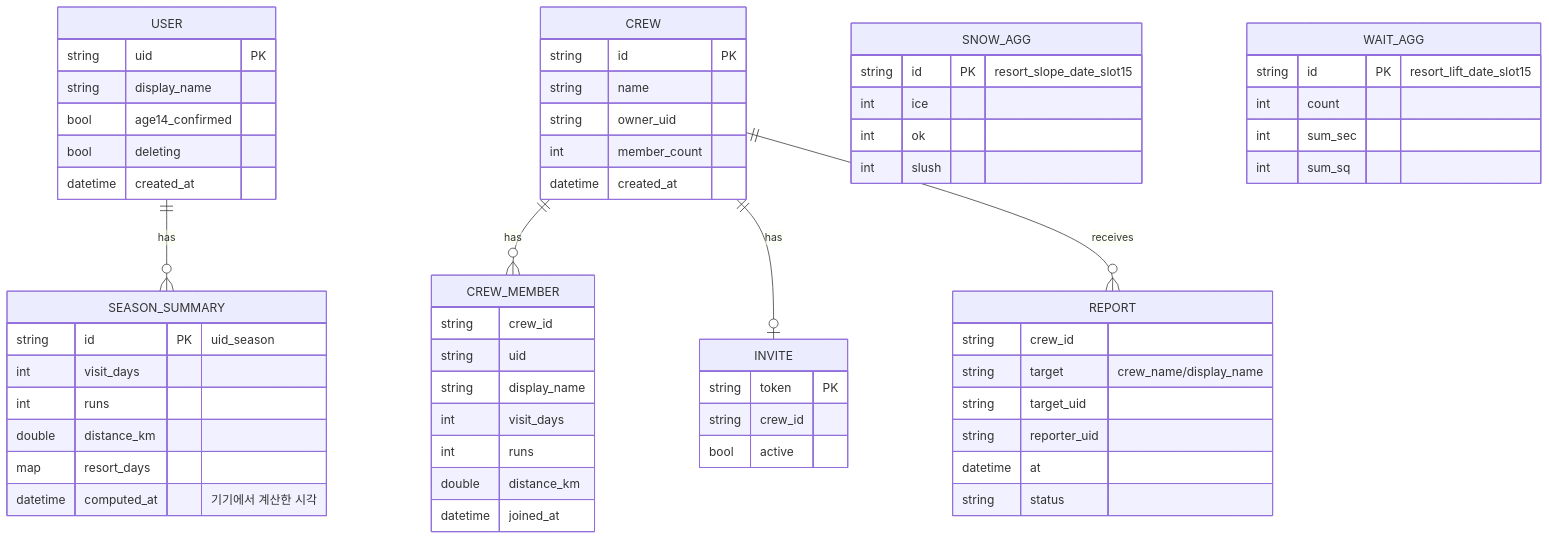
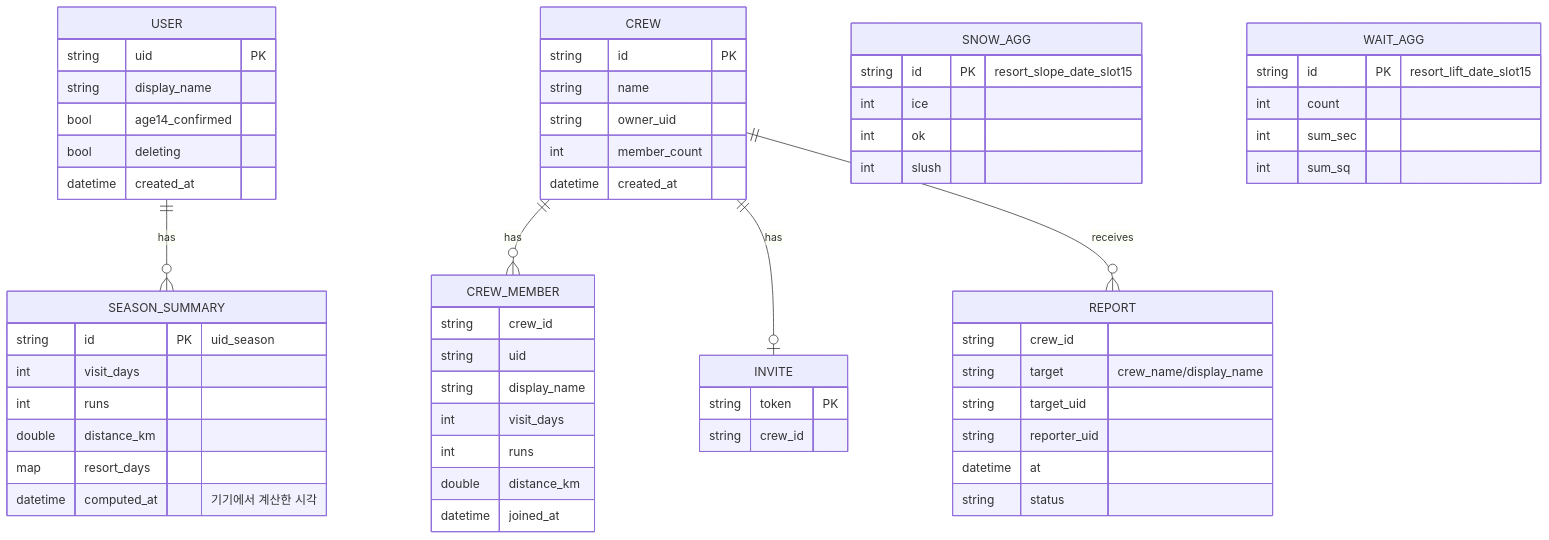
The third of 4 diagrams in docs/05-design.md (JIHO45/SlopeMate), drawn with Mermaid before and after one commit. The commit also changed other lines of this file and 5 other files, not shown here.

````diff
--- a/docs/05-design.md
+++ b/docs/05-design.md
@@ -138,16 +138,16 @@
 ```mermaid
 erDiagram
     USER ||--o{ SEASON_SUMMARY : has
     CREW ||--o{ CREW_MEMBER : has
     CREW ||--o| INVITE : has
     CREW ||--o{ REPORT : receives
 
     USER { string uid PK string display_name bool age14_confirmed bool deleting datetime created_at }
     SEASON_SUMMARY { string id PK "uid_season" int visit_days int runs double distance_km map resort_days datetime computed_at "기기에서 계산한 시각" }
     CREW { string id PK string name string owner_uid int member_count datetime created_at }
     CREW_MEMBER { string crew_id string uid string display_name int visit_days int runs double distance_km datetime joined_at }
-    INVITE { string token PK string crew_id bool active }
+    INVITE { string token PK string crew_id }
     REPORT { string crew_id string target "crew_name/display_name" string target_uid string reporter_uid datetime at string status }
     SNOW_AGG { string id PK "resort_slope_date_slot15" int ice int ok int slush }
     WAIT_AGG { string id PK "resort_lift_date_slot15" int count int sum_sec int sum_sq }
 ```
````
